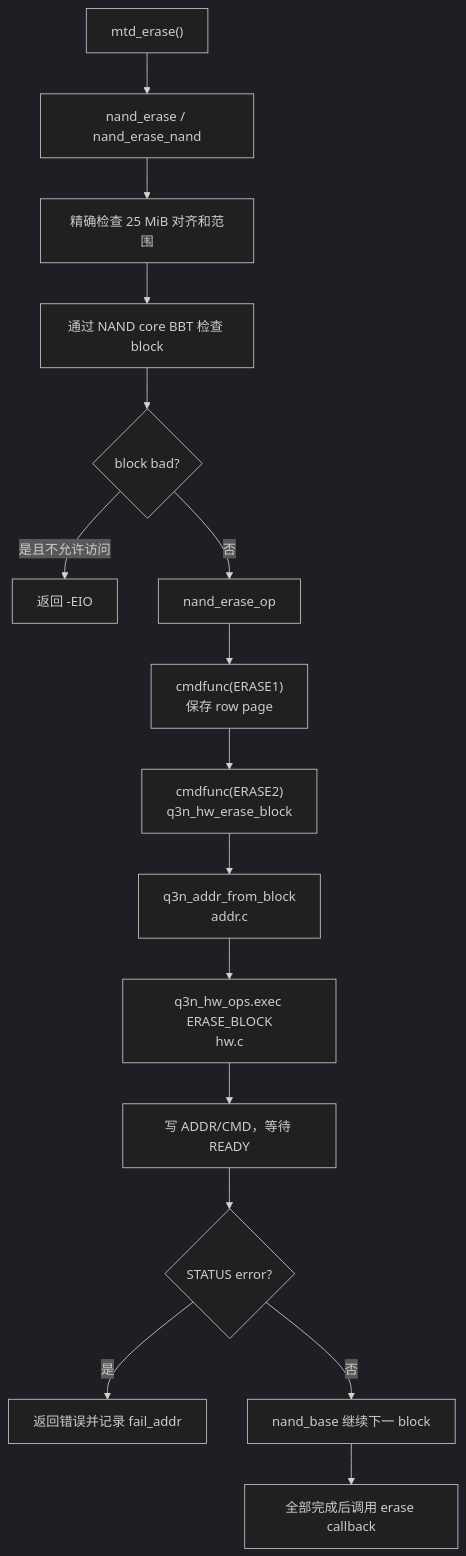
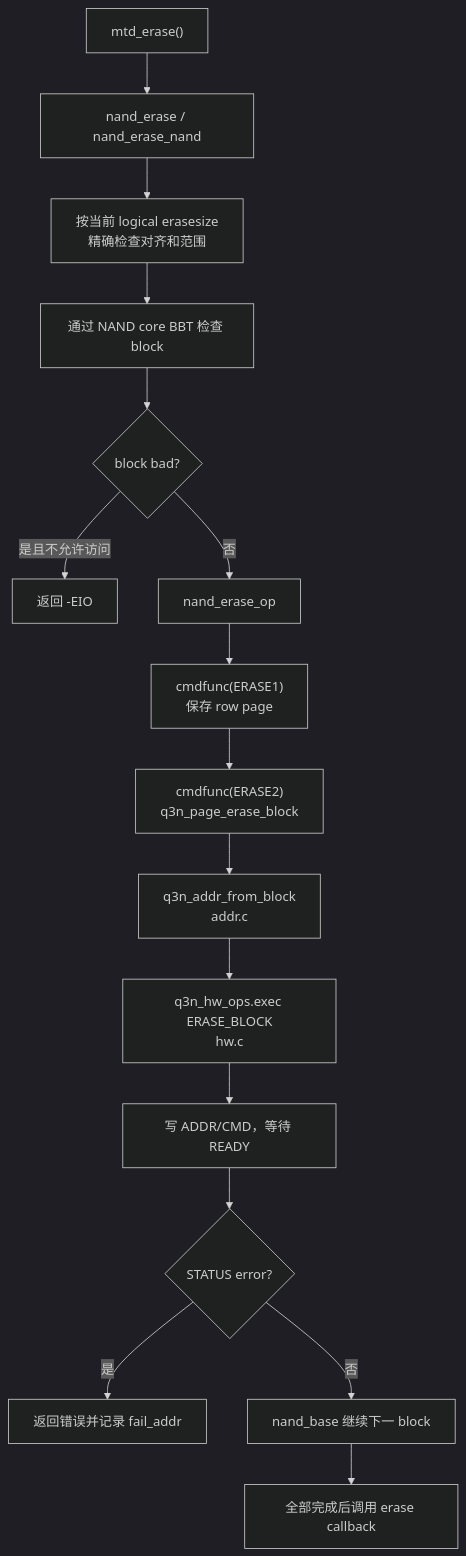
Before and after one commit to avenstar65/3dnand_test: the seventh of 10 diagrams in docs/superpowers/specs/2026-07-28-q3n-nand-core-ecc-read-retry-design.md, drawn with Mermaid (dark theme). The commit also changed other lines of this file, not shown here.

Commit message:
docs: integrate page raid into overall design

````diff
--- a/docs/superpowers/specs/2026-07-28-q3n-nand-core-ecc-read-retry-design.md
+++ b/docs/superpowers/specs/2026-07-28-q3n-nand-core-ecc-read-retry-design.md
@@ -859,18 +1043,18 @@
 ```mermaid
 flowchart TD
     A["mtd_erase()"] --> B["nand_erase / nand_erase_nand"]
-    B --> C["精确检查 25 MiB 对齐和范围"]
+    B --> C["按当前 logical erasesize<br/>精确检查对齐和范围"]
     C --> D["通过 NAND core BBT 检查 block"]
     D --> E{"block bad?"}
     E -- "是且不允许访问" --> F["返回 -EIO"]
     E -- "否" --> G["nand_erase_op"]
     G --> H["cmdfunc(ERASE1)<br/>保存 row page"]
-    H --> I["cmdfunc(ERASE2)<br/>q3n_hw_erase_block"]
+    H --> I["cmdfunc(ERASE2)<br/>q3n_page_erase_block"]
     I --> J["q3n_addr_from_block<br/>addr.c"]
     J --> K["q3n_hw_ops.exec ERASE_BLOCK<br/>hw.c"]
     K --> L["写 ADDR/CMD，等待 READY"]
     L --> M{"STATUS error?"}
     M -- "是" --> N["返回错误并记录 fail_addr"]
     M -- "否" --> O["nand_base 继续下一 block"]
     O --> P["全部完成后调用 erase callback"]
 ```
````
